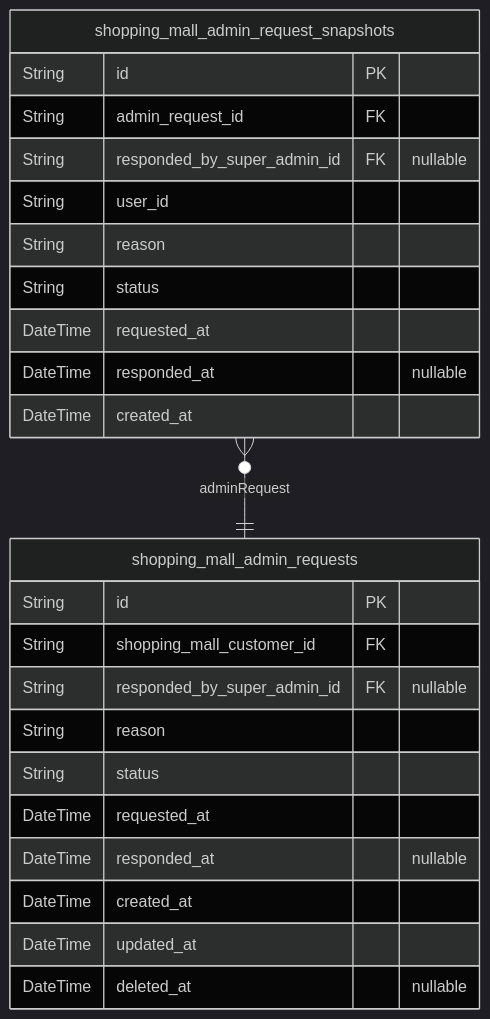
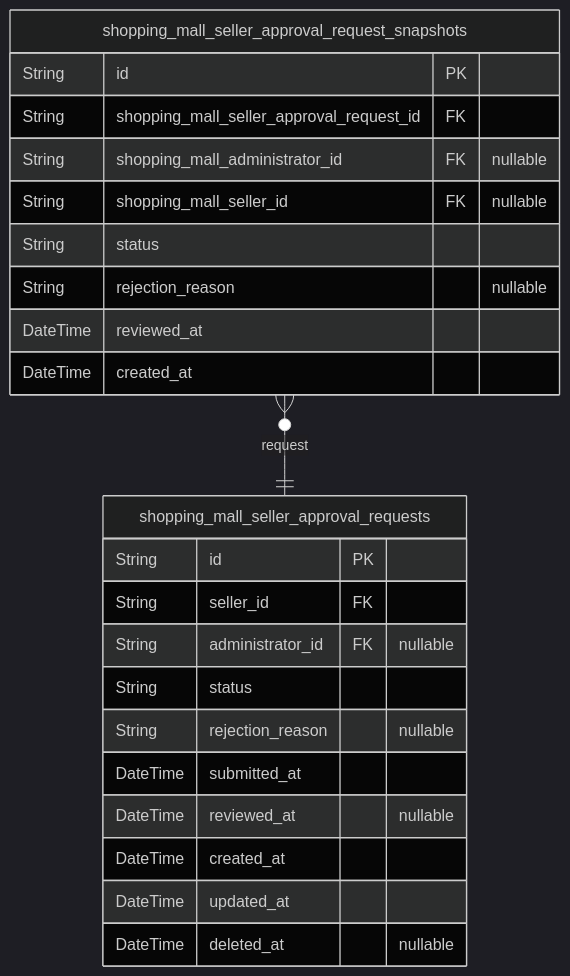
One commit to wrtnlabs/autobe-examples changed diagram 13 of 14 in qwen/qwen3.5-397b-a17b/shopping/docs/ERD.md. Above: the diagram before and after it, drawn with Mermaid (dark theme). The commit also changed other lines of this file and 9017 other files, not shown here.

````diff
--- a/qwen/qwen3.5-397b-a17b/shopping/docs/ERD.md
+++ b/qwen/qwen3.5-397b-a17b/shopping/docs/ERD.md
@@ -1587,27 +1642,26 @@
 ```mermaid
 erDiagram
-"shopping_mall_admin_requests" {
+"shopping_mall_seller_approval_requests" {
   String id PK
-  String shopping_mall_customer_id FK
-  String responded_by_super_admin_id FK "nullable"
-  String reason
+  String seller_id FK
+  String administrator_id FK "nullable"
   String status
-  DateTime requested_at
-  DateTime responded_at "nullable"
+  String rejection_reason "nullable"
+  DateTime submitted_at
+  DateTime reviewed_at "nullable"
   DateTime created_at
   DateTime updated_at
   DateTime deleted_at "nullable"
 }
-"shopping_mall_admin_request_snapshots" {
+"shopping_mall_seller_approval_request_snapshots" {
   String id PK
-  String admin_request_id FK
-  String responded_by_super_admin_id FK "nullable"
-  String user_id
-  String reason
+  String shopping_mall_seller_approval_request_id FK
+  String shopping_mall_administrator_id FK "nullable"
+  String shopping_mall_seller_id FK "nullable"
   String status
-  DateTime requested_at
-  DateTime responded_at "nullable"
+  String rejection_reason "nullable"
+  DateTime reviewed_at
   DateTime created_at
 }
-"shopping_mall_admin_request_snapshots" }o--|| "shopping_mall_admin_requests" : adminRequest
+"shopping_mall_seller_approval_request_snapshots" }o--|| "shopping_mall_seller_approval_requests" : request
 ```
````
